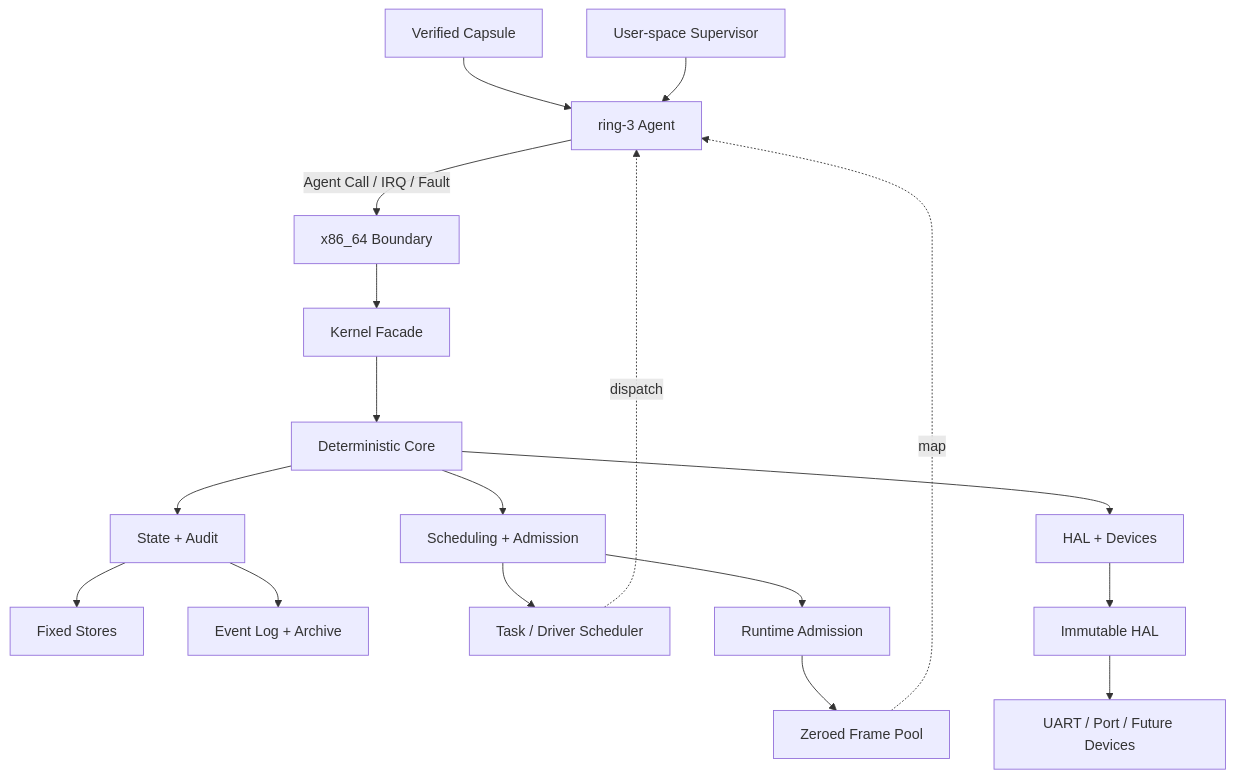
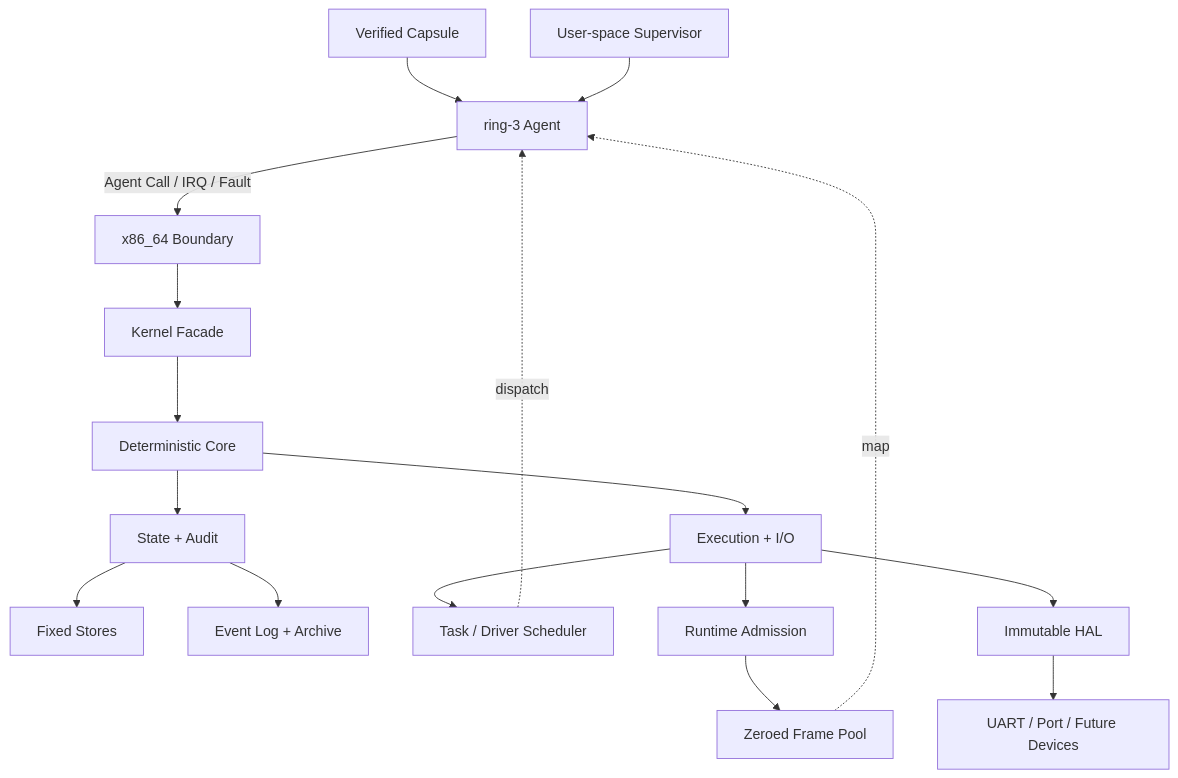
Before and after one commit to Evan-master/agent-kernel: the diagram in README.md, drawn with Mermaid. The commit also changed 1 other file, not shown here.

Commit message:
docs: compact readme architecture graph

````diff
--- a/README.md
+++ b/README.md
@@ -100,22 +100,21 @@
 ```mermaid
 flowchart TB
     Capsule["Verified Capsule"] --> Ring3["ring-3 Agent"]
     Supervisor["User-space Supervisor"] --> Ring3
     Ring3 -->|"Agent Call / IRQ / Fault"| X86["x86_64 Boundary"]
     X86 --> Facade["Kernel Facade"]
     Facade --> Core["Deterministic Core"]
 
     Core --> State["State + Audit"]
-    Core --> Runtime["Scheduling + Admission"]
-    Core --> Devices["HAL + Devices"]
+    Core --> Runtime["Execution + I/O"]
 
     State --> Stores["Fixed Stores"]
     State --> Events["Event Log + Archive"]
     Runtime --> Scheduler["Task / Driver Scheduler"]
     Runtime --> Broker["Runtime Admission"]
+    Runtime --> HAL["Immutable HAL"]
     Broker --> Frames["Zeroed Frame Pool"]
-    Devices --> HAL["Immutable HAL"]
     HAL --> Hardware["UART / Port / Future Devices"]
     Scheduler -.->|dispatch| Ring3
     Frames -.->|map| Ring3
 ```
````
